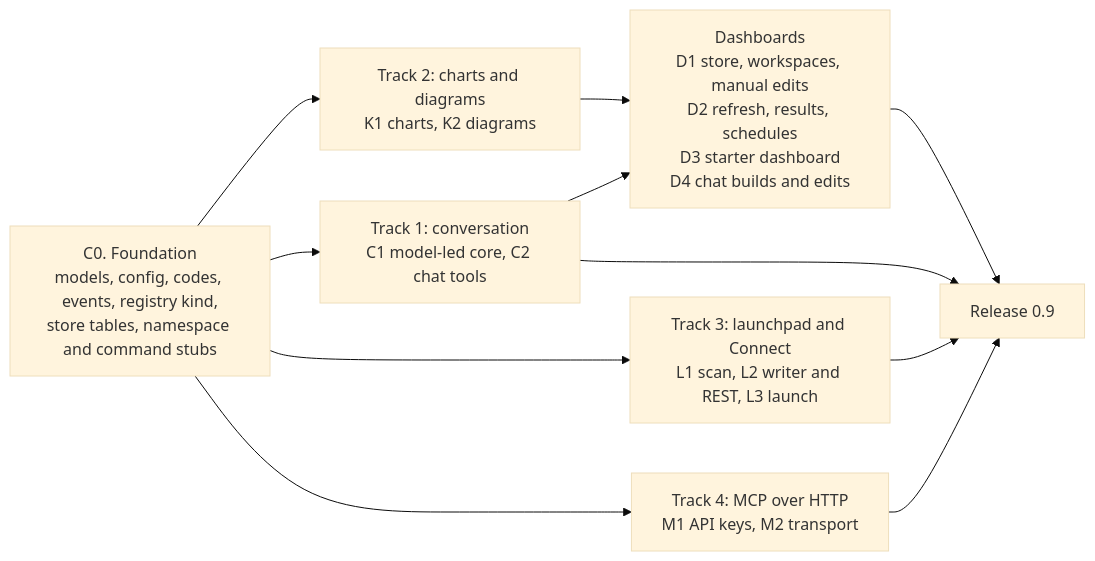
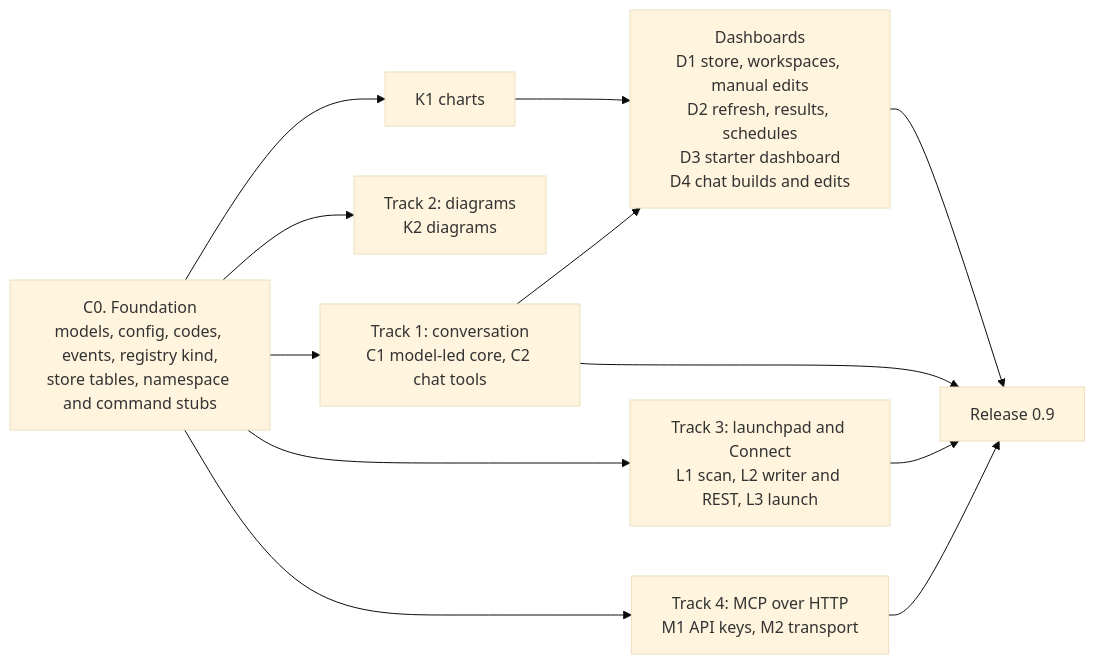
The first of 4 diagrams in docs/architecture/wave_c.md (nadeem4/nl2sql), drawn with Mermaid (base theme) before and after one commit. The commit also changed other lines of this file and 1 other file, not shown here.

````diff
--- a/docs/architecture/wave_c.md
+++ b/docs/architecture/wave_c.md
@@ -182,14 +181,15 @@
 ```mermaid
 flowchart LR
   C0["C0. Foundation<br/>models, config, codes, events, registry kind,<br/>store tables, namespace and command stubs"]
   C0 --> T1["Track 1: conversation<br/>C1 model-led core, C2 chat tools"]
-  C0 --> T2["Track 2: charts and diagrams<br/>K1 charts, K2 diagrams"]
+  C0 --> T2["Track 2: diagrams<br/>K2 diagrams"]
+  C0 --> K1n["K1 charts"]
   C0 --> T3["Track 3: launchpad and Connect<br/>L1 scan, L2 writer and REST, L3 launch"]
   C0 --> T4["Track 4: MCP over HTTP<br/>M1 API keys, M2 transport"]
-  T2 --> D["Dashboards<br/>D1 store, workspaces, manual edits<br/>D2 refresh, results, schedules<br/>D3 starter dashboard<br/>D4 chat builds and edits"]
+  K1n --> D["Dashboards<br/>D1 store, workspaces, manual edits<br/>D2 refresh, results, schedules<br/>D3 starter dashboard<br/>D4 chat builds and edits"]
   T1 --> D
   D --> REL["Release 0.9"]
   T1 --> REL
   T3 --> REL
   T4 --> REL
 ```
````
